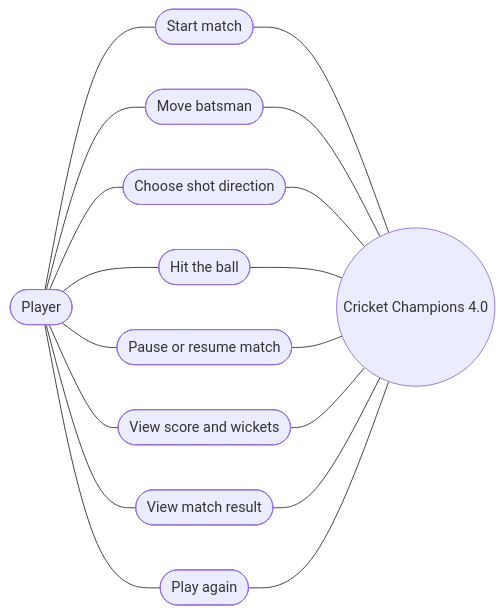
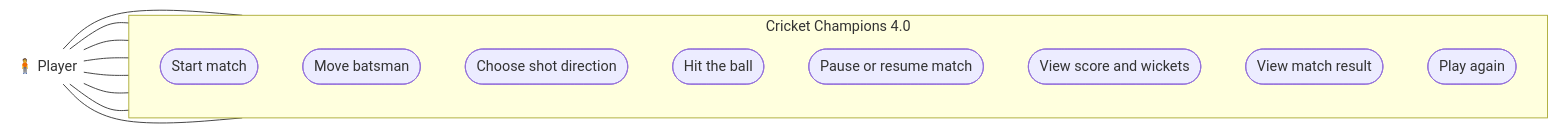
The diagram in UML_Diagrams/Use-Case-Diagram.md (lalgetanishk/cricket-champions), drawn with Mermaid before and after one commit. The commit also changed other lines of this file, not shown here.

Commit message:
Correct UML use case diagram structure

````diff
--- a/UML_Diagrams/Use-Case-Diagram.md
+++ b/UML_Diagrams/Use-Case-Diagram.md
@@ -3,32 +5,25 @@
 ```mermaid
 flowchart LR
-    Player([Player])
-    Game((Cricket Champions 4.0))
+    Player@{ shape: text, label: "🧍 Player" }
 
-    UC1([Start match])
-    UC2([Move batsman])
-    UC3([Choose shot direction])
-    UC4([Hit the ball])
-    UC5([Pause or resume match])
-    UC6([View score and wickets])
-    UC7([View match result])
-    UC8([Play again])
+    subgraph System["Cricket Champions 4.0"]
+        direction TB
+        UC1([Start match])
+        UC2([Move batsman])
+        UC3([Choose shot direction])
+        UC4([Hit the ball])
+        UC5([Pause or resume match])
+        UC6([View score and wickets])
+        UC7([View match result])
+        UC8([Play again])
+    end
 
     Player --- UC1
     Player --- UC2
     Player --- UC3
     Player --- UC4
     Player --- UC5
     Player --- UC6
     Player --- UC7
     Player --- UC8
-
-    UC1 --- Game
-    UC2 --- Game
-    UC3 --- Game
-    UC4 --- Game
-    UC5 --- Game
-    UC6 --- Game
-    UC7 --- Game
-    UC8 --- Game
 ```
````
